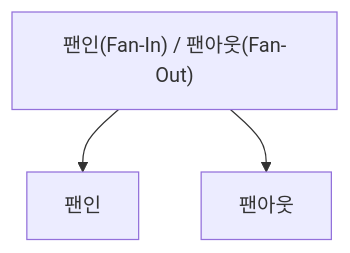
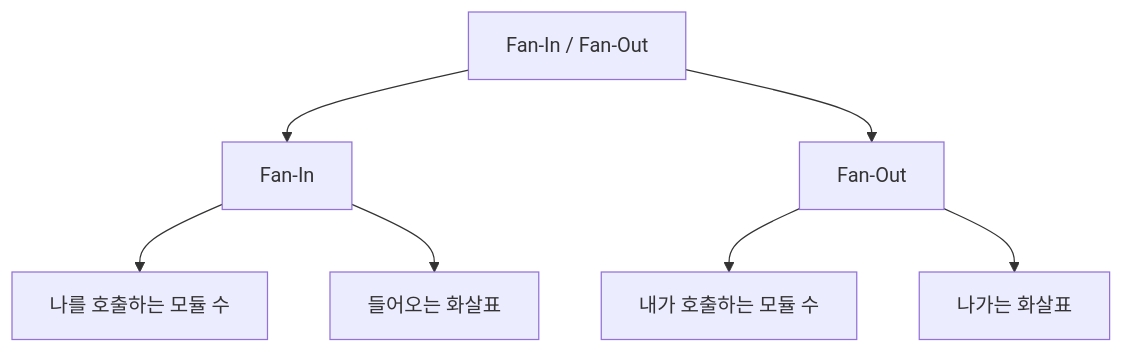
Before and after one commit to nes0903/study: the first of 9 diagrams in 정보처리기사/1과목 소프트웨어 설계/044 팬인(Fan-In) 팬아웃(Fan-Out)/044 팬인(Fan-In) 팬아웃(Fan-Out).md, drawn with Mermaid. The commit also changed other lines of this file and 318 other files, not shown here.

````diff
--- a/정보처리기사/1과목 소프트웨어 설계/044 팬인(Fan-In) 팬아웃(Fan-Out)/044 팬인(Fan-In) 팬아웃(Fan-Out).md
+++ b/정보처리기사/1과목 소프트웨어 설계/044 팬인(Fan-In) 팬아웃(Fan-Out)/044 팬인(Fan-In) 팬아웃(Fan-Out).md
@@ -13,6 +14,10 @@
 ```mermaid
 flowchart TD
-    A["팬인(Fan-In) / 팬아웃(Fan-Out)"]
-    A --> N1["팬인"]
-    A --> N2["팬아웃"]
+    A["Fan-In / Fan-Out"]
+    A --> B["Fan-In"]
+    A --> C["Fan-Out"]
+    B --> B1["나를 호출하는 모듈 수"]
+    C --> C1["내가 호출하는 모듈 수"]
+    B --> B2["들어오는 화살표"]
+    C --> C2["나가는 화살표"]
 ```
````
